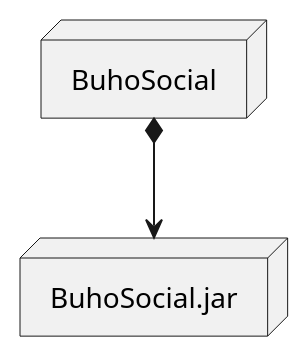
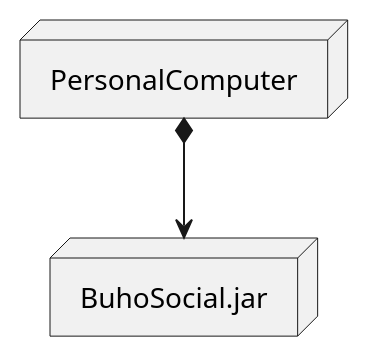
One commit to Dayannis-07/ING_SOFT changed the diagram in docs/scenariosView/deploymentDiagram.plantuml. Above: the diagram before and after it, drawn with PlantUML. The commit also changed 1 other file, not shown here.

Commit message:
Deployment Diagram

```diff
--- a/docs/scenariosView/deploymentDiagram.plantuml
+++ b/docs/scenariosView/deploymentDiagram.plantuml
@@ -1,8 +1,8 @@
 @startuml DeploymentDiagram
 
-node BuhoSocial
+node PersonalComputer
 node BuhoSocial.jar
 
-BuhoSocial *--> BuhoSocial.jar
+PersonalComputer *--> BuhoSocial.jar
 
 @enduml
```
